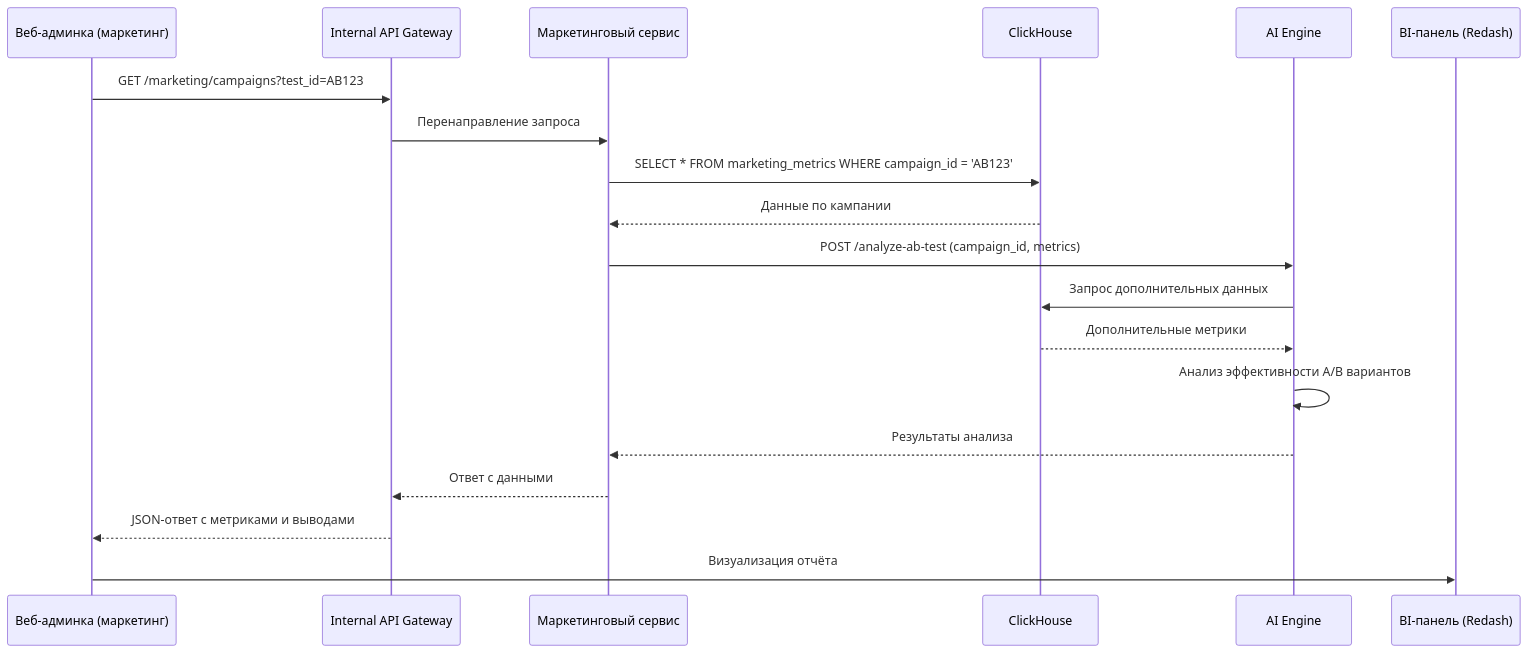
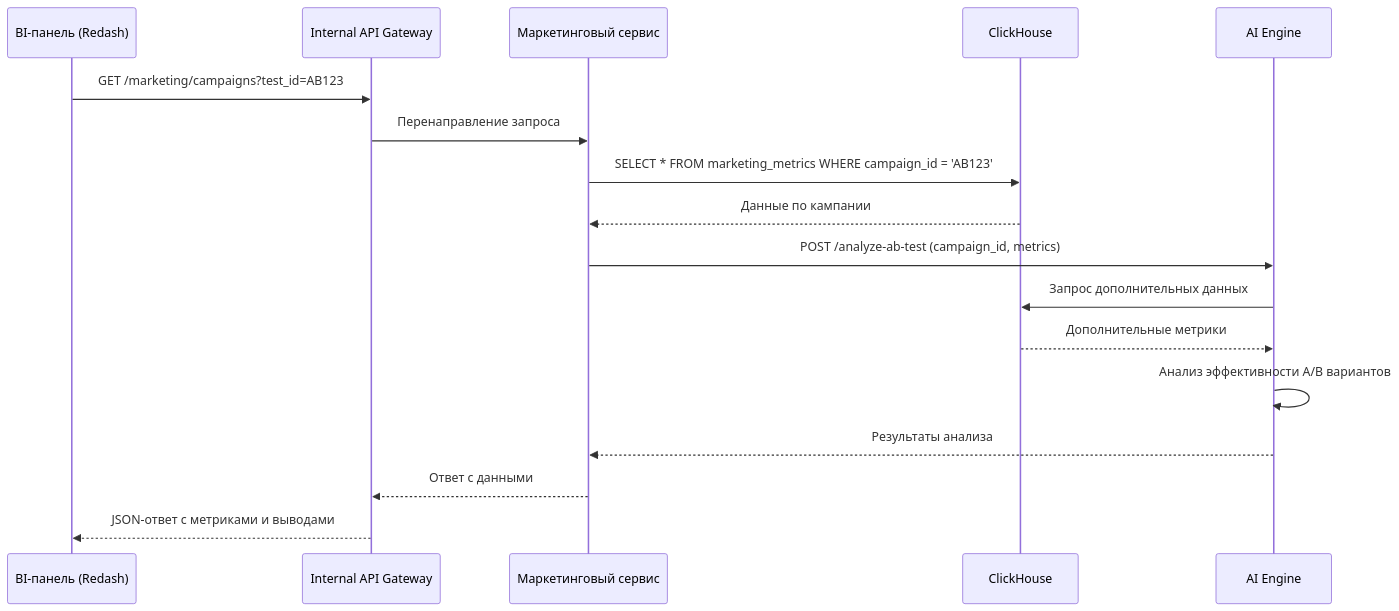
The diagram in architecture/application-usage-scenarios/ab-testing.md (andreyantropov/architect-coursework), drawn with Mermaid before and after one commit. The commit also changed 8 other files, not shown here.

Commit message:
refactor: Исправлены ошибки/опечатки в схемах, поправлен стиль документов.

````diff
--- a/architecture/application-usage-scenarios/ab-testing.md
+++ b/architecture/application-usage-scenarios/ab-testing.md
@@ -3,22 +3,20 @@
 ```mermaid
 sequenceDiagram
-    participant UI as Веб-админка (маркетинг)
+    participant UI as BI-панель (Redash)
     participant GW as Internal API Gateway
     participant MK as Маркетинговый сервис
     participant DB as ClickHouse
     participant AI as AI Engine
-    participant REPORT as BI-панель (Redash)
 
     UI->>GW: GET /marketing/campaigns?test_id=AB123
     GW->>MK: Перенаправление запроса
     MK->>DB: SELECT * FROM marketing_metrics WHERE campaign_id = 'AB123'
     DB-->>MK: Данные по кампании
     MK->>AI: POST /analyze-ab-test (campaign_id, metrics)
     AI->>DB: Запрос дополнительных данных
     DB-->>AI: Дополнительные метрики
     AI->>AI: Анализ эффективности A/B вариантов
     AI-->>MK: Результаты анализа
     MK-->>GW: Ответ с данными
     GW-->>UI: JSON-ответ с метриками и выводами
-    UI->>REPORT: Визуализация отчёта
 ```
````
